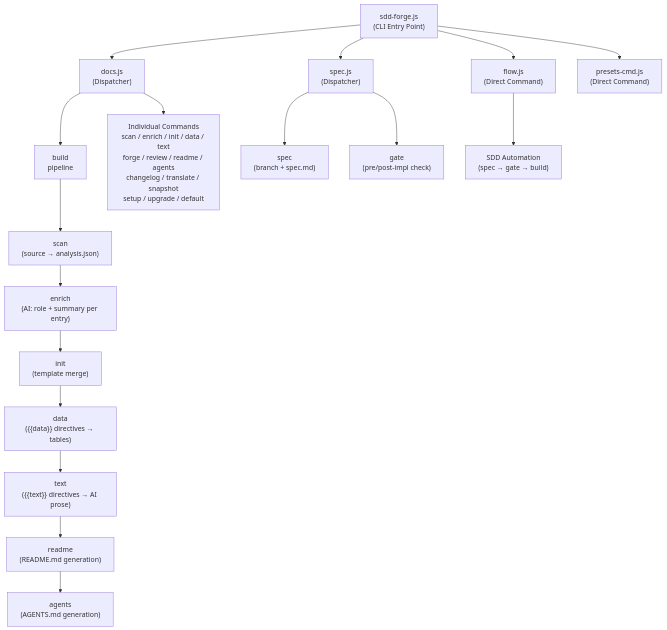
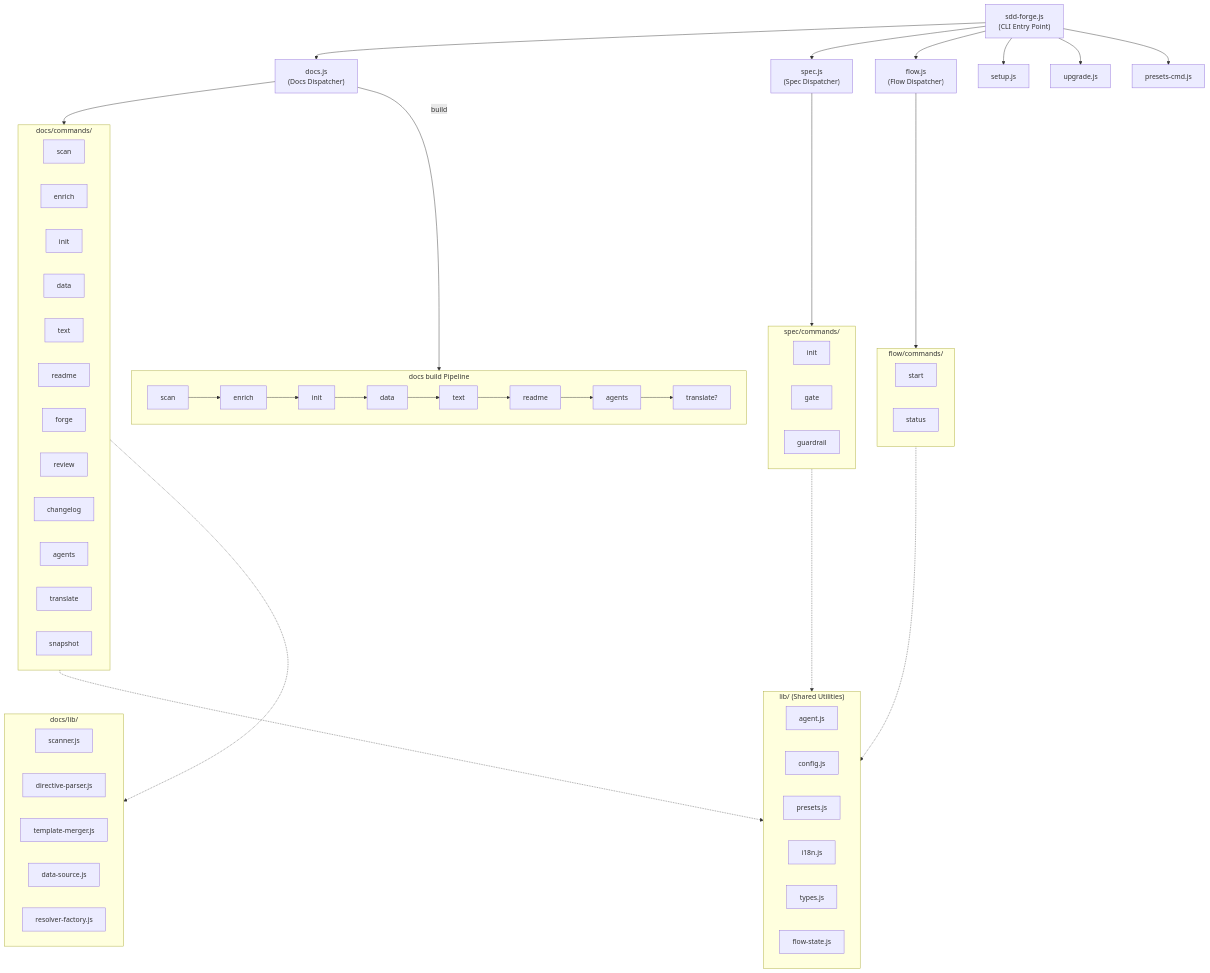
The diagram in docs/overview.md (SpreadWorks/sdd-forge), drawn with Mermaid before and after one commit. The commit also changed other lines of this file and 14 other files, not shown here.

````diff
--- a/docs/overview.md
+++ b/docs/overview.md
@@ -29,25 +27,73 @@
 ```mermaid
-flowchart TD
-    Entry["sdd-forge.js\n(CLI Entry Point)"]
+flowchart TB
+    CLI["sdd-forge.js<br/>(CLI Entry Point)"]
 
-    Entry --> DocsDispatcher["docs.js\n(Dispatcher)"]
-    Entry --> SpecDispatcher["spec.js\n(Dispatcher)"]
-    Entry --> FlowDirect["flow.js\n(Direct Command)"]
-    Entry --> PresetsDirect["presets-cmd.js\n(Direct Command)"]
+    CLI --> DOCS["docs.js<br/>(Docs Dispatcher)"]
+    CLI --> SPEC["spec.js<br/>(Spec Dispatcher)"]
+    CLI --> FLOW["flow.js<br/>(Flow Dispatcher)"]
+    CLI --> SETUP["setup.js"]
+    CLI --> UPGRADE["upgrade.js"]
+    CLI --> PRESETS["presets-cmd.js"]
 
-    DocsDispatcher --> Build["build\npipeline"]
-    DocsDispatcher --> Individual["Individual Commands\nscan / enrich / init / data / text\nforge / review / readme / agents\nchangelog / translate / snapshot\nsetup / upgrade / default"]
+    subgraph DocsCommands ["docs/commands/"]
+        SCAN["scan"]
+        ENRICH["enrich"]
+        INIT["init"]
+        DATA["data"]
+        TEXT["text"]
+        README["readme"]
+        FORGE["forge"]
+        REVIEW["review"]
+        CHANGELOG["changelog"]
+        AGENTS["agents"]
+        TRANSLATE["translate"]
+        SNAPSHOT["snapshot"]
+    end
 
-    Build --> Scan["scan\n(source → analysis.json)"]
-    Scan --> Enrich["enrich\n(AI: role + summary per entry)"]
-    Enrich --> Init["init\n(template merge)"]
-    Init --> Data["data\n({{data}} directives → tables)"]
-    Data --> Text["text\n({{text}} directives → AI prose)"]
-    Text --> Readme["readme\n(README.md generation)"]
-    Readme --> Agents["agents\n(AGENTS.md generation)"]
+    DOCS --> DocsCommands
 
-    SpecDispatcher --> SpecInit["spec\n(branch + spec.md)"]
-    SpecDispatcher --> Gate["gate\n(pre/post-impl check)"]
+    subgraph SpecCommands ["spec/commands/"]
+        SPEC_INIT["init"]
+        GATE["gate"]
+        GUARDRAIL["guardrail"]
+    end
 
-    FlowDirect --> SddFlow["SDD Automation\n(spec → gate → build)"]
+    SPEC --> SpecCommands
+
+    subgraph FlowCommands ["flow/commands/"]
+        FLOW_START["start"]
+        FLOW_STATUS["status"]
+    end
+
+    FLOW --> FlowCommands
+
+    subgraph BuildPipeline ["docs build Pipeline"]
+        direction LR
+        B_SCAN["scan"] --> B_ENRICH["enrich"] --> B_INIT["init"] --> B_DATA["data"] --> B_TEXT["text"] --> B_README["readme"] --> B_AGENTS["agents"] --> B_TRANSLATE["translate?"]
+    end
+
+    DOCS -->|"build"| BuildPipeline
+
+    subgraph SharedLibs ["lib/ (Shared Utilities)"]
+        AGENT["agent.js"]
+        CONFIG["config.js"]
+        PRESETS_LIB["presets.js"]
+        I18N["i18n.js"]
+        TYPES["types.js"]
+        FLOW_STATE["flow-state.js"]
+    end
+
+    DocsCommands -.-> SharedLibs
+    SpecCommands -.-> SharedLibs
+    FlowCommands -.-> SharedLibs
+
+    subgraph DocsLib ["docs/lib/"]
+        SCANNER["scanner.js"]
+        DIRECTIVE["directive-parser.js"]
+        MERGER["template-merger.js"]
+        DATASOURCE["data-source.js"]
+        RESOLVER["resolver-factory.js"]
+    end
+
+    DocsCommands -.-> DocsLib
 ```
````
